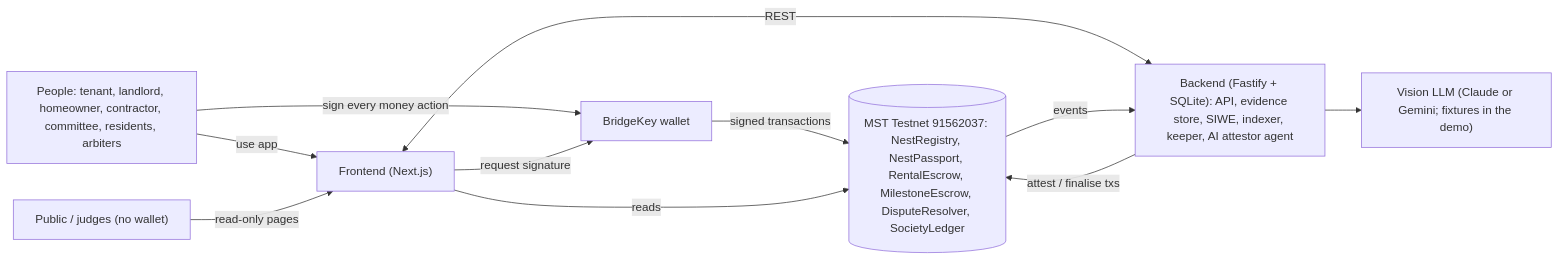
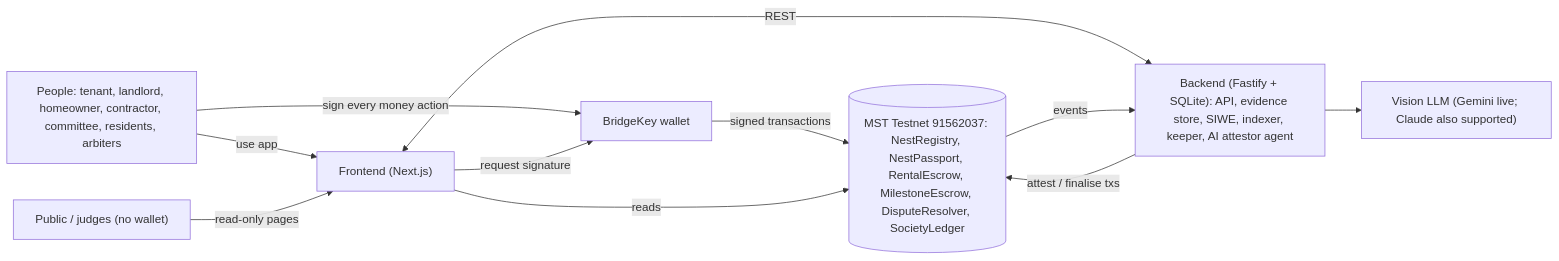
Before and after one commit to Uzumaki-Chethan/MST_HACKATHON: the first of 2 diagrams in README.md, drawn with Mermaid. The commit also changed other lines of this file and 1 other file, not shown here.

Commit message:
docs: README for the final deployment (addresses, verified, tx table, Gemini, demo uploads, BuildSafe out of the demo) and the final demo script

````diff
--- a/README.md
+++ b/README.md
@@ -69,13 +69,13 @@
 ```mermaid
 flowchart LR
   P["People: tenant, landlord, homeowner, contractor, committee, residents, arbiters"] -->|use app| FE["Frontend (Next.js)"]
   P -->|sign every money action| W["BridgeKey wallet"]
   Pub["Public / judges (no wallet)"] -->|read-only pages| FE
   FE -->|request signature| W
   W -->|signed transactions| C[("MST Testnet 91562037: NestRegistry, NestPassport, RentalEscrow, MilestoneEscrow, DisputeResolver, SocietyLedger")]
   FE -->|reads| C
   FE <-->|REST| BE["Backend (Fastify + SQLite): API, evidence store, SIWE, indexer, keeper, AI attestor agent"]
   C -->|events| BE
   BE -->|attest / finalise txs| C
-  BE --> LLM["Vision LLM (Claude or Gemini; fixtures in the demo)"]
+  BE --> LLM["Vision LLM (Gemini live; Claude also supported)"]
 ```
````
